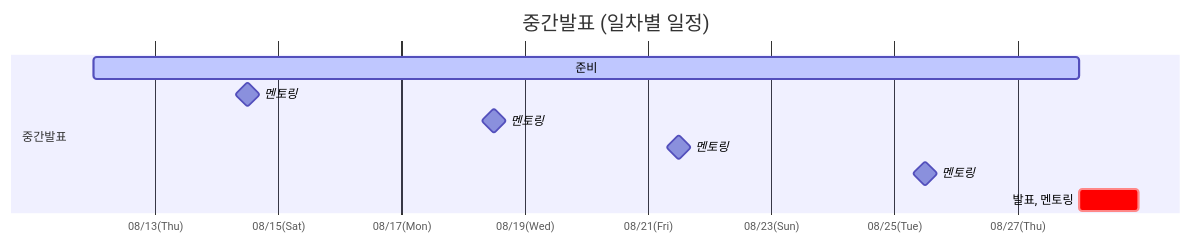
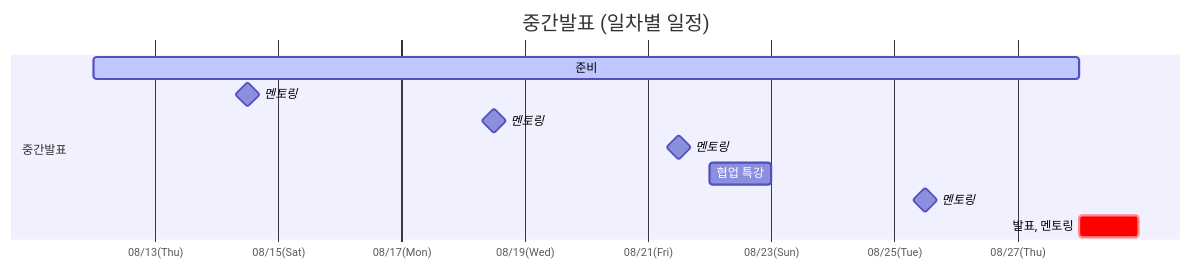
One commit to SAJOYO/.github changed the third of 4 diagrams in profile/README.md. Above: the diagram before and after it, drawn with Mermaid.

````diff
--- a/profile/README.md
+++ b/profile/README.md
@@ -53,18 +53,19 @@
 ```mermaid
 gantt
     title 중간발표 (일차별 일정)
     dateFormat  YYYY-MM-DD HH:mm
 
     %% 반나절 단위는 dateFormat에 시간을 넣어 표현합니다 (전반부 00:00~12:00 / 후반부 12:00~24:00)
     axisFormat %m/%d(%a)
     tickInterval 2day
 
     section 중간발표
     준비                    : active, a1, 2026-08-12 00:00, 2026-08-28 00:00
     멘토링                 : milestone, m1, 2026-08-14 12:00, 0d
     멘토링                 : milestone, m2, 2026-08-18 12:00, 0d
     멘토링                 : milestone, m3, 2026-08-21 12:00, 0d
+    협업 특강               : a2, 2026-08-22 00:00, 1d
     멘토링                 : milestone, m4, 2026-08-25 12:00, 0d
-    발표, 멘토링             : crit, a2, 2026-08-28 00:00, 2026-08-28 23:00
+    발표, 멘토링             : crit, a3, 2026-08-28 00:00, 2026-08-28 23:00
 
 ```
````
